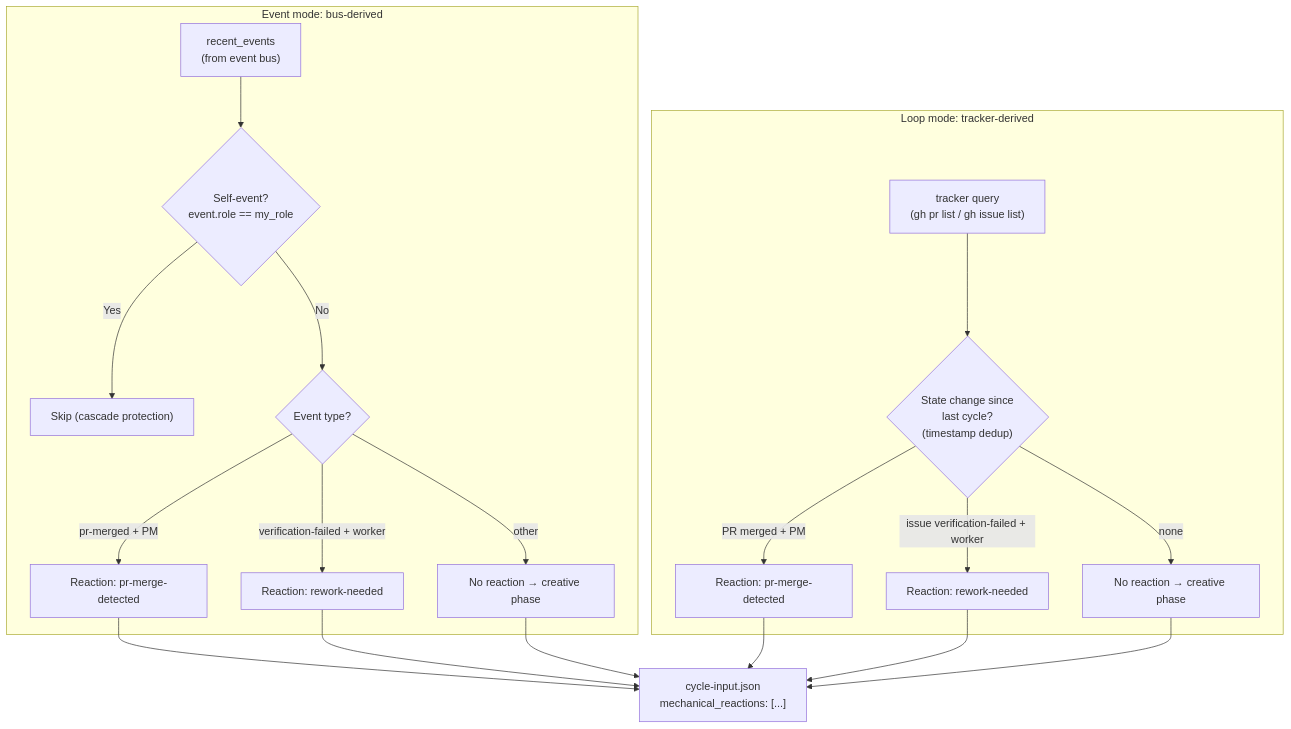
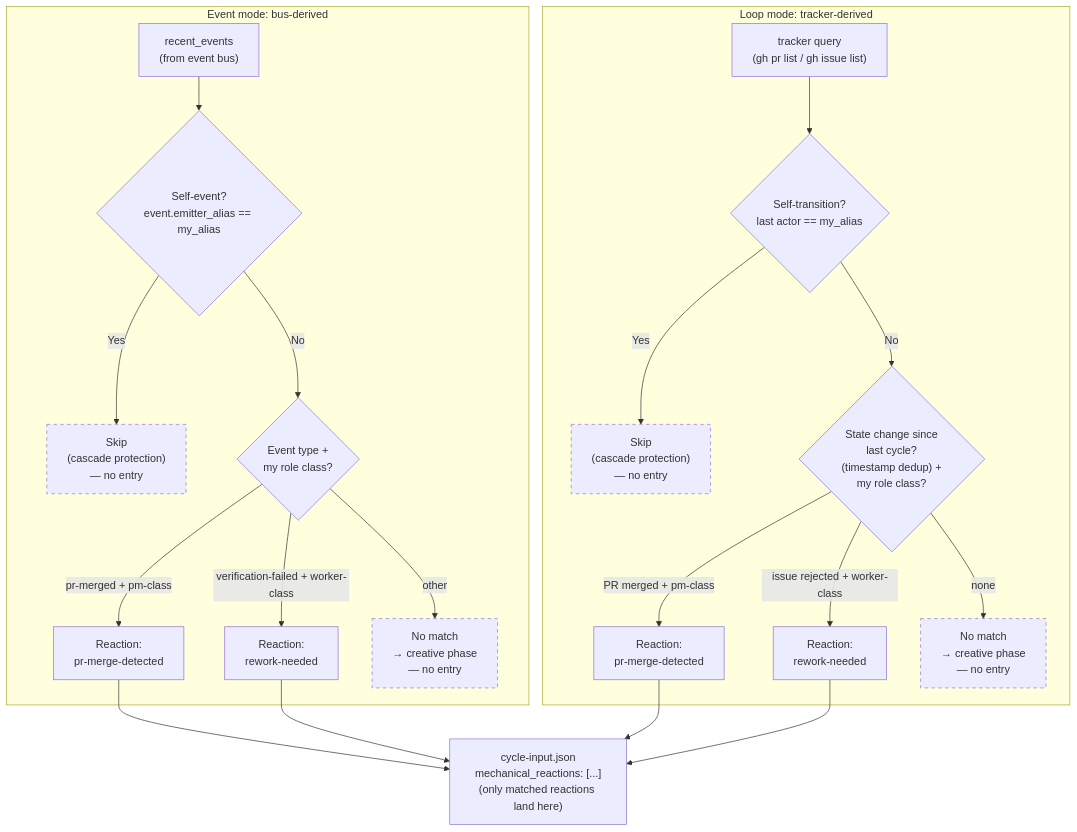
One commit to WallyDoodlez/SquidSquad changed the eighth of 16 diagrams in docs/AGENT-RUNTIME.md. Above: the diagram before and after it, drawn with Mermaid.

First paragraph of the commit message:
pm: §4.5 diagram — fix 4 issues
Per human review:

````diff
--- a/docs/AGENT-RUNTIME.md
+++ b/docs/AGENT-RUNTIME.md
@@ -468,25 +468,30 @@
 ```mermaid
 flowchart TD
     subgraph event_mode["Event mode: bus-derived"]
-        EVENTS["recent_events<br/>(from event bus)"] --> SF{"Self-event?<br/>event.role == my_role"}
-        SF -->|Yes| SKIP["Skip (cascade protection)"]
-        SF -->|No| TYPE_E{"Event type?"}
-        TYPE_E -->|pr-merged + PM| R1E["Reaction: pr-merge-detected"]
-        TYPE_E -->|verification-failed + worker| R2E["Reaction: rework-needed"]
-        TYPE_E -->|other| PASS_E["No reaction → creative phase"]
+        EVENTS["recent_events<br/>(from event bus)"] --> SF{"Self-event?<br/>event.emitter_alias == my_alias"}
+        SF -->|Yes| SKIP_E["Skip<br/>(cascade protection)<br/>— no entry"]
+        SF -->|No| TYPE_E{"Event type +<br/>my role class?"}
+        TYPE_E -->|pr-merged + pm-class| R1E["Reaction:<br/>pr-merge-detected"]
+        TYPE_E -->|verification-failed + worker-class| R2E["Reaction:<br/>rework-needed"]
+        TYPE_E -->|other| PASS_E["No match<br/>→ creative phase<br/>— no entry"]
     end
 
     subgraph loop_mode["Loop mode: tracker-derived"]
-        TRACKER["tracker query<br/>(gh pr list / gh issue list)"] --> DELTA{"State change since<br/>last cycle?<br/>(timestamp dedup)"}
-        DELTA -->|PR merged + PM| R1L["Reaction: pr-merge-detected"]
-        DELTA -->|issue verification-failed + worker| R2L["Reaction: rework-needed"]
-        DELTA -->|none| PASS_L["No reaction → creative phase"]
+        TRACKER["tracker query<br/>(gh pr list / gh issue list)"] --> ST{"Self-transition?<br/>last actor == my_alias"}
+        ST -->|Yes| SKIP_L["Skip<br/>(cascade protection)<br/>— no entry"]
+        ST -->|No| DELTA{"State change since<br/>last cycle?<br/>(timestamp dedup) +<br/>my role class?"}
+        DELTA -->|PR merged + pm-class| R1L["Reaction:<br/>pr-merge-detected"]
+        DELTA -->|issue rejected + worker-class| R2L["Reaction:<br/>rework-needed"]
+        DELTA -->|none| PASS_L["No match<br/>→ creative phase<br/>— no entry"]
     end
 
-    R1E --> CIJ["cycle-input.json<br/>mechanical_reactions: [...]"]
+    R1E --> CIJ["cycle-input.json<br/>mechanical_reactions: [...]<br/>(only matched reactions land here)"]
     R2E --> CIJ
-    PASS_E --> CIJ
     R1L --> CIJ
     R2L --> CIJ
-    PASS_L --> CIJ
+
+    style SKIP_E stroke-dasharray: 5 5
+    style SKIP_L stroke-dasharray: 5 5
+    style PASS_E stroke-dasharray: 5 5
+    style PASS_L stroke-dasharray: 5 5
 ```
````
